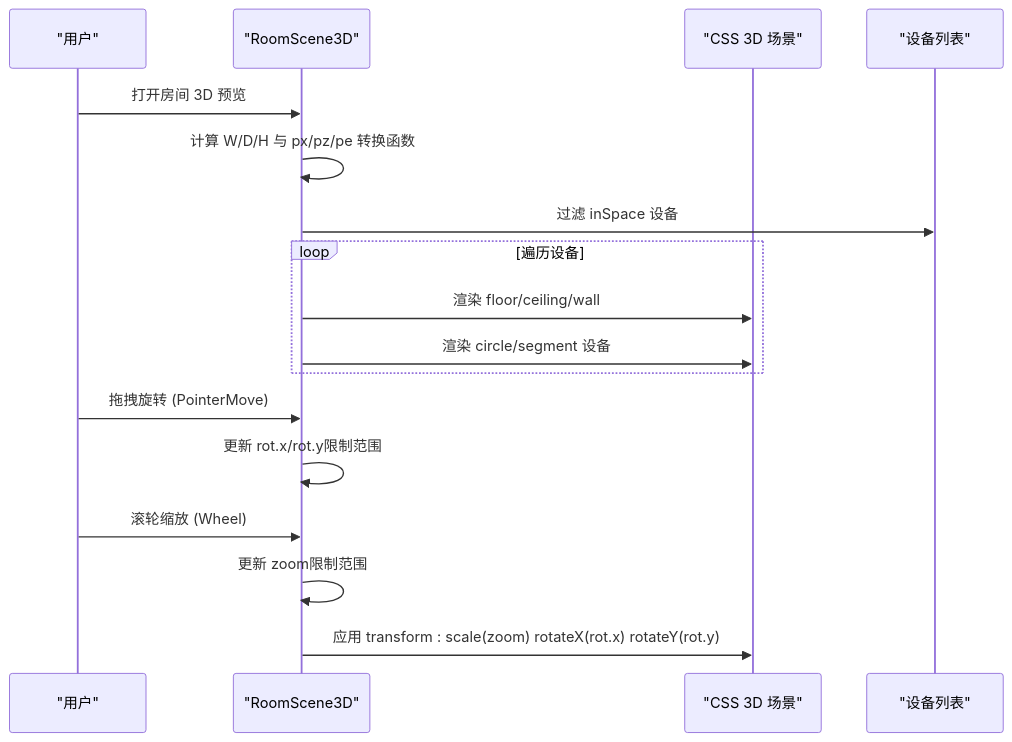
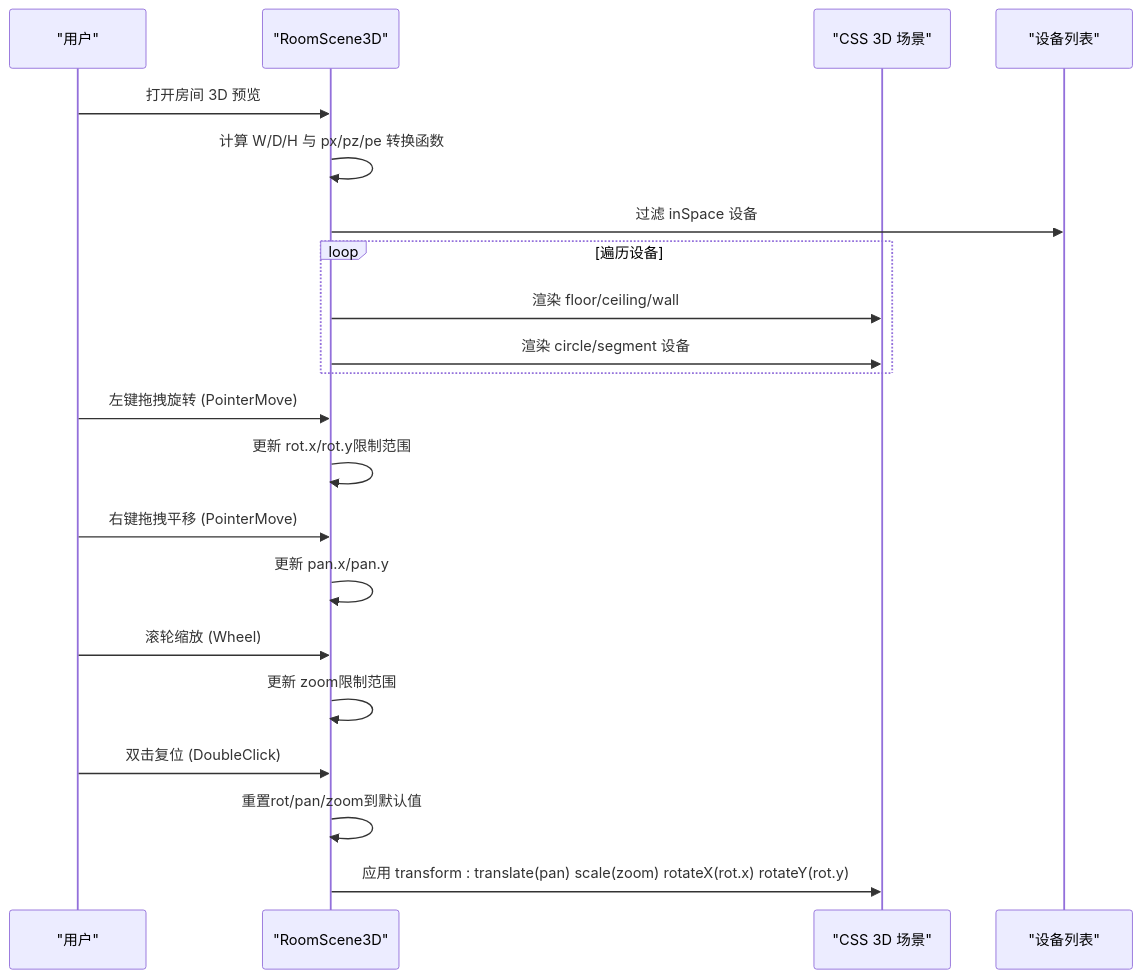
The second of 9 diagrams in .qoder/repowiki/zh/content/Web控制台/3D空间建模.md (zh79325/opple-cloud-adapter), drawn with Mermaid before and after one commit. The commit also changed other lines of this file and 28 other files, not shown here.

````diff
--- a/.qoder/repowiki/zh/content/Web控制台/3D空间建模.md
+++ b/.qoder/repowiki/zh/content/Web控制台/3D空间建模.md
@@ -79,19 +74,23 @@
 ```mermaid
 sequenceDiagram
 participant User as "用户"
 participant Scene as "RoomScene3D"
 participant DOM as "CSS 3D 场景"
 participant Devices as "设备列表"
 User->>Scene : 打开房间 3D 预览
 Scene->>Scene : 计算 W/D/H 与 px/pz/pe 转换函数
 Scene->>Devices : 过滤 inSpace 设备
 loop 遍历设备
 Scene->>DOM : 渲染 floor/ceiling/wall
 Scene->>DOM : 渲染 circle/segment 设备
 end
-User->>Scene : 拖拽旋转 (PointerMove)
+User->>Scene : 左键拖拽旋转 (PointerMove)
 Scene->>Scene : 更新 rot.x/rot.y限制范围
+User->>Scene : 右键拖拽平移 (PointerMove)
+Scene->>Scene : 更新 pan.x/pan.y
 User->>Scene : 滚轮缩放 (Wheel)
 Scene->>Scene : 更新 zoom限制范围
-Scene->>DOM : 应用 transform : scale(zoom) rotateX(rot.x) rotateY(rot.y)
+User->>Scene : 双击复位 (DoubleClick)
+Scene->>Scene : 重置rot/pan/zoom到默认值
+Scene->>DOM : 应用 transform : translate(pan) scale(zoom) rotateX(rot.x) rotateY(rot.y)
 ```
````
